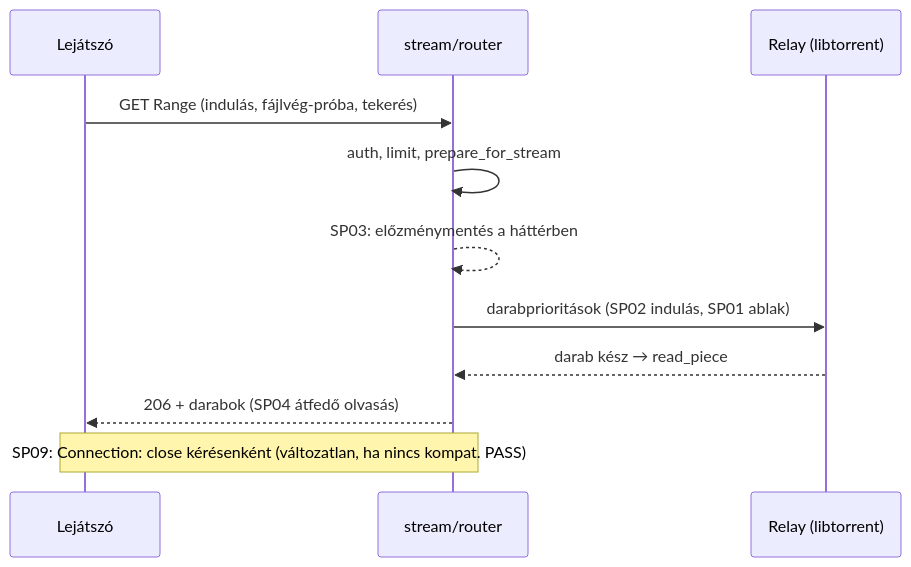
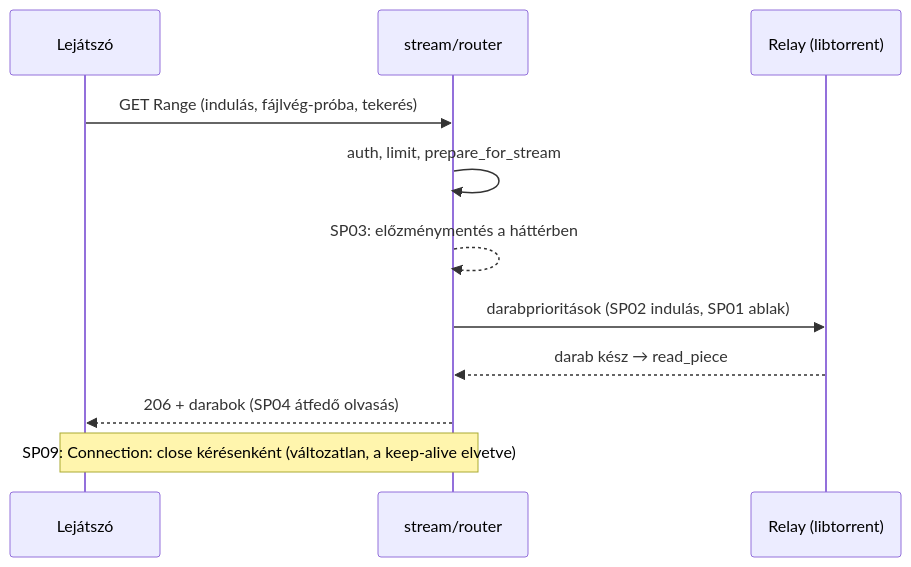
One commit to Levfero/stremhu-source-VibeCodedEdition changed the second of 2 diagrams in docs/feature/stream-performance.md. Above: the diagram before and after it, drawn with Mermaid. The commit also changed other lines of this file, not shown here.

````diff
--- a/docs/feature/stream-performance.md
+++ b/docs/feature/stream-performance.md
@@ -121,13 +121,13 @@
 ```mermaid
 sequenceDiagram
     participant P as Lejátszó
     participant R as stream/router
     participant L as Relay (libtorrent)
     P->>R: GET Range (indulás, fájlvég-próba, tekerés)
     R->>R: auth, limit, prepare_for_stream
     R-->>R: SP03: előzménymentés a háttérben
     R->>L: darabprioritások (SP02 indulás, SP01 ablak)
     L-->>R: darab kész → read_piece
     R-->>P: 206 + darabok (SP04 átfedő olvasás)
-    Note over R,P: SP09: Connection: close kérésenként (változatlan, ha nincs kompat. PASS)
+    Note over R,P: SP09: Connection: close kérésenként (változatlan, a keep-alive elvetve)
 ```
````
